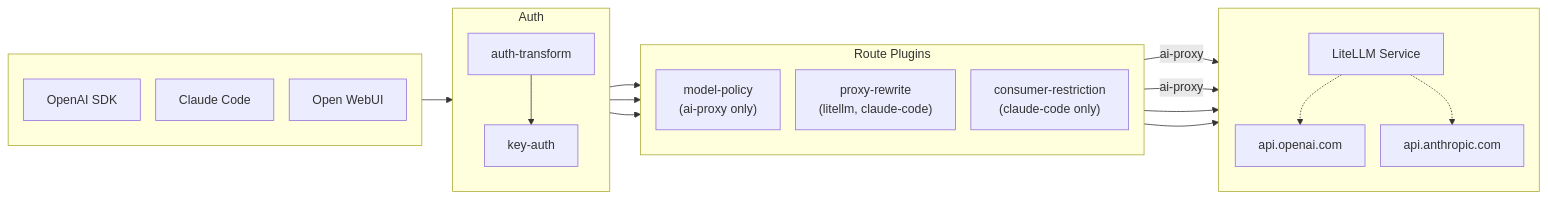
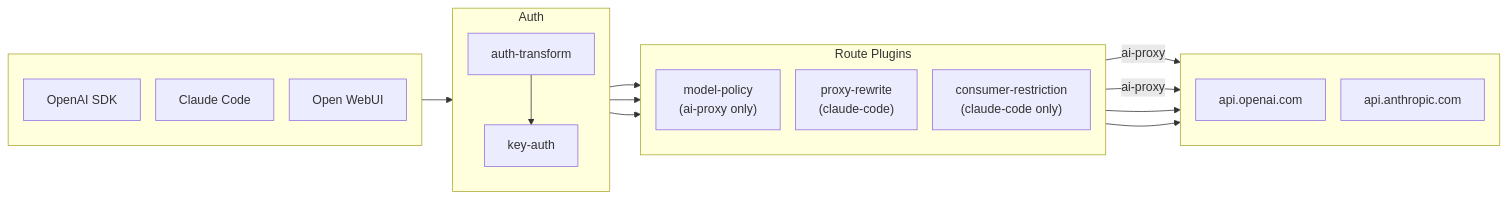
The first of 3 diagrams in docs/diagrams.md (wikefjol/prod-gateway), drawn with Mermaid before and after one commit. The commit also changed other lines of this file and 10 other files, not shown here.

````diff
--- a/docs/diagrams.md
+++ b/docs/diagrams.md
@@ -5,42 +5,40 @@
 ```mermaid
 ---
 config:
   flowchart:
     nodeSpacing: 20
     rankSpacing: 40
 ---
 flowchart LR
     subgraph Clients[" "]
         direction TB
         SDK[OpenAI SDK]
         CC[Claude Code]
         WebUI[Open WebUI]
     end
 
     subgraph Auth["Auth"]
         direction TB
         AT[auth-transform]
         KA[key-auth]
     end
 
     subgraph Routes["Route Plugins"]
         direction TB
         MP["model-policy<br/>(ai-proxy only)"]
-        PR["proxy-rewrite<br/>(litellm, claude-code)"]
+        PR["proxy-rewrite<br/>(claude-code)"]
         CR["consumer-restriction<br/>(claude-code only)"]
     end
 
     subgraph Upstreams[" "]
         direction TB
         OAI[api.openai.com]
         ANT[api.anthropic.com]
-        LLM[LiteLLM Service]
     end
 
     Clients --> AT --> KA
     KA --> MP & PR & CR
     MP -->|"ai-proxy"| OAI & ANT
-    PR --> LLM
+    PR --> ANT
     CR --> ANT
-    LLM -.-> OAI & ANT
 ```
````
